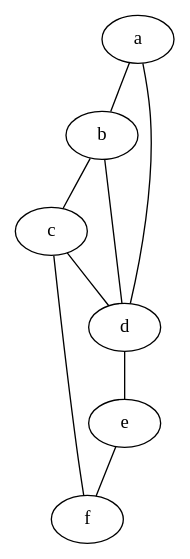
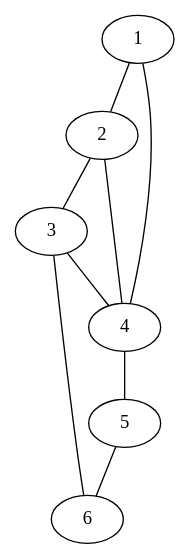
Before and after one commit to SidoShiro/DistributedMalloc: the diagram in simplegraph.dot, drawn with Graphviz.

Commit message:
simplegraph: fixed graph, now use numbers as id

```diff
--- a/simplegraph.dot
+++ b/simplegraph.dot
@@ -1,10 +1,10 @@
 graph myGraph{
-    a -- b;
-    b -- c;
-    c -- d;
-    d -- e;
-    e -- f;
-    a -- d;
-    b -- d;
-    c -- f;
+    1 -- 2;
+    2 -- 3;
+    3 -- 4;
+    4 -- 5;
+    5 -- 6;
+    1 -- 4;
+    2 -- 4;
+    3 -- 6;
 }
```
